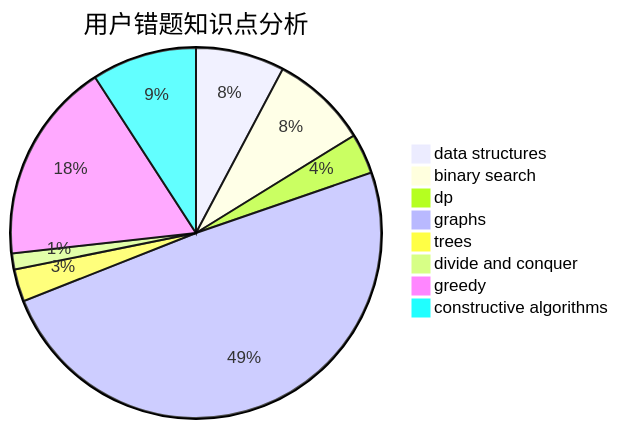
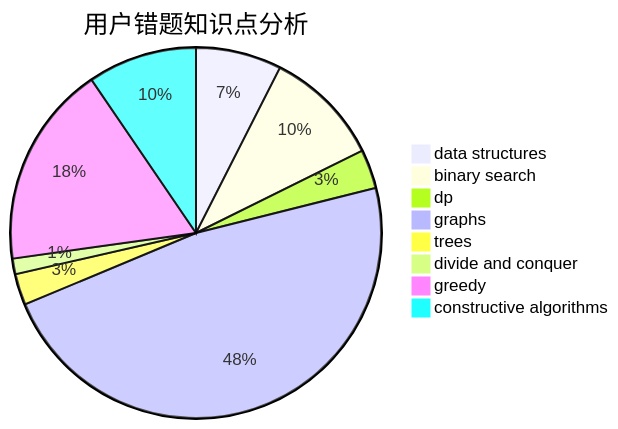
Before and after one commit to sherpahu/cfrs.github.io: the third of 3 diagrams in docs/user/u2455.md, drawn with Mermaid. The commit also changed other lines of this file and 2770 other files, not shown here.

````diff
--- a/docs/user/u2455.md
+++ b/docs/user/u2455.md
@@ -36,11 +36,11 @@
 ```mermaid
 pie title 用户错题知识点分析
     "data structures" :  11
-    "binary search" :  12
+    "binary search" :  15
     "dp" :  5
     "graphs" :  70
     "trees" :  4
     "divide and conquer" :  2
-    "greedy" :  25
-    "constructive algorithms" :  13
+    "greedy" :  26
+    "constructive algorithms" :  14
 ```
````
